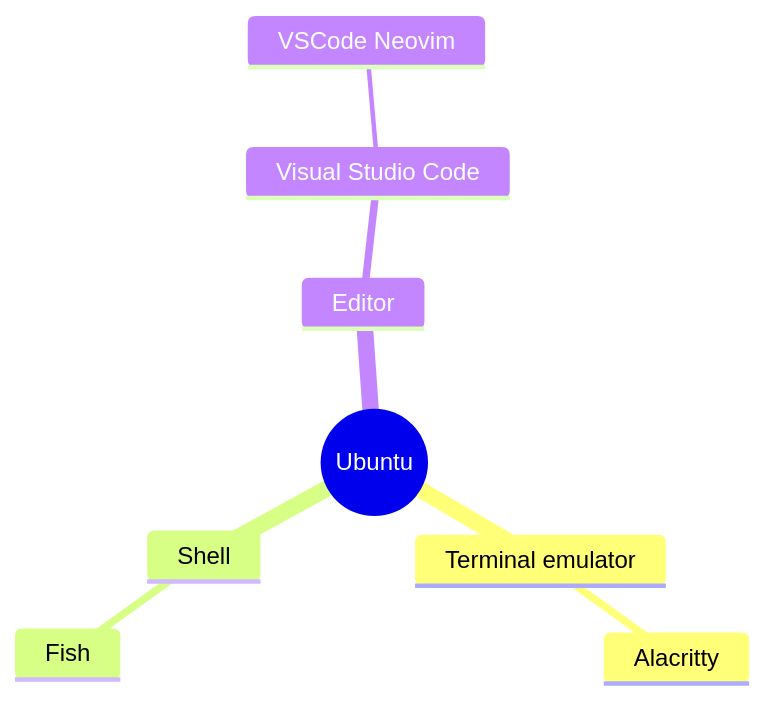
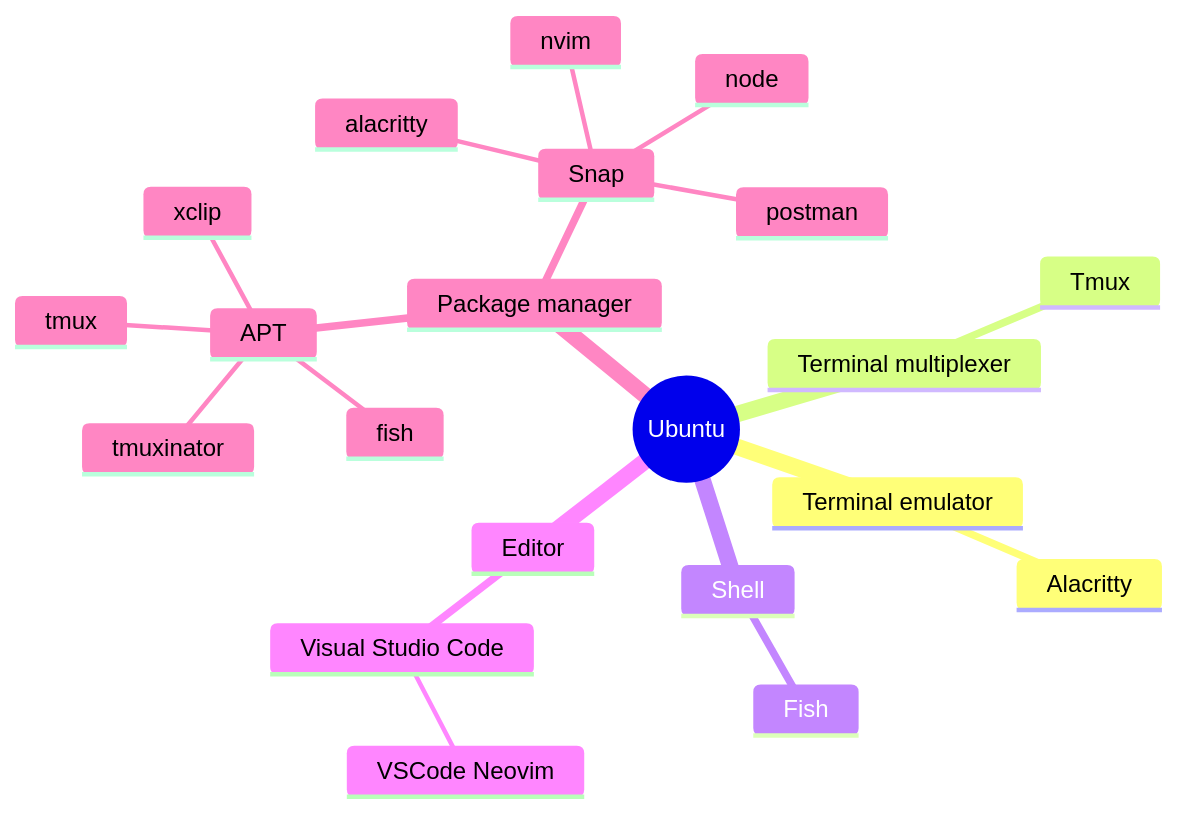
One commit to peterhpchen/peterhpchen.github.io changed the diagram in tools/ubuntu.md. Above: the diagram before and after it, drawn with Mermaid.

Commit message:
feat(ubuntu): update mindmap

````diff
--- a/tools/ubuntu.md
+++ b/tools/ubuntu.md
@@ -3,11 +3,24 @@
 ```mermaid
 mindmap
   root((Ubuntu))
     Terminal emulator
       Alacritty
+    Terminal multiplexer
+      Tmux
     Shell
       Fish
     Editor
       Visual Studio Code
         VSCode Neovim
+    Package manager
+      APT
+        fish
+        tmux
+        tmuxinator
+        xclip
+      Snap
+        alacritty
+        node
+        nvim
+        postman
 ```
````
